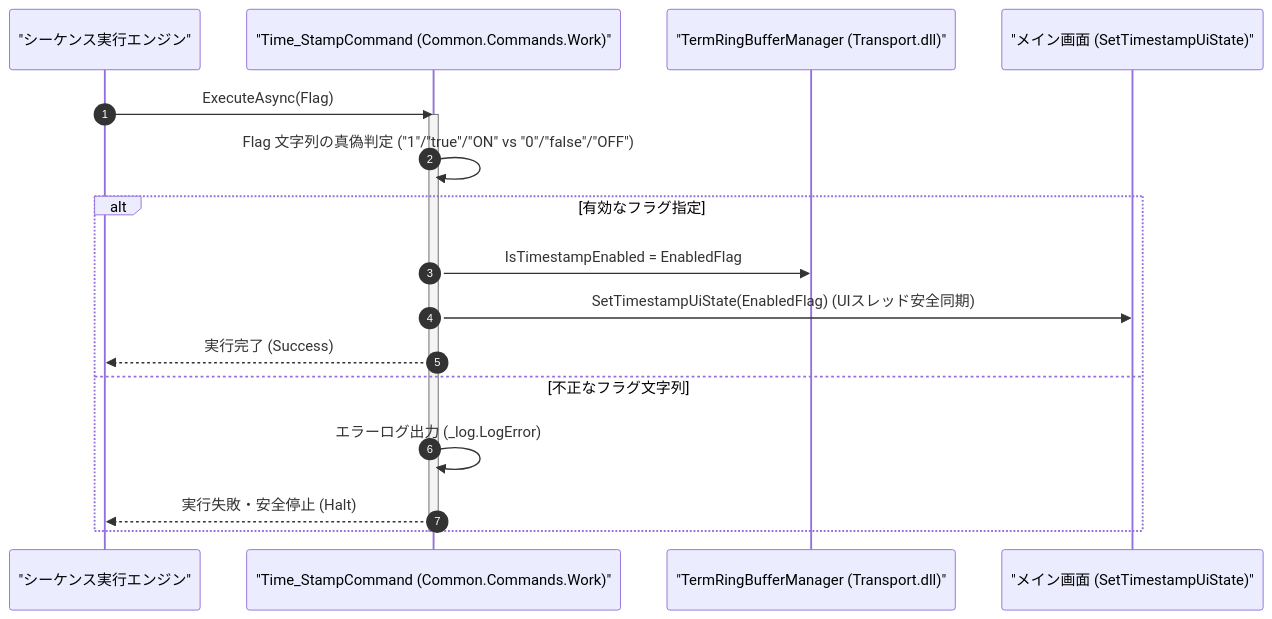
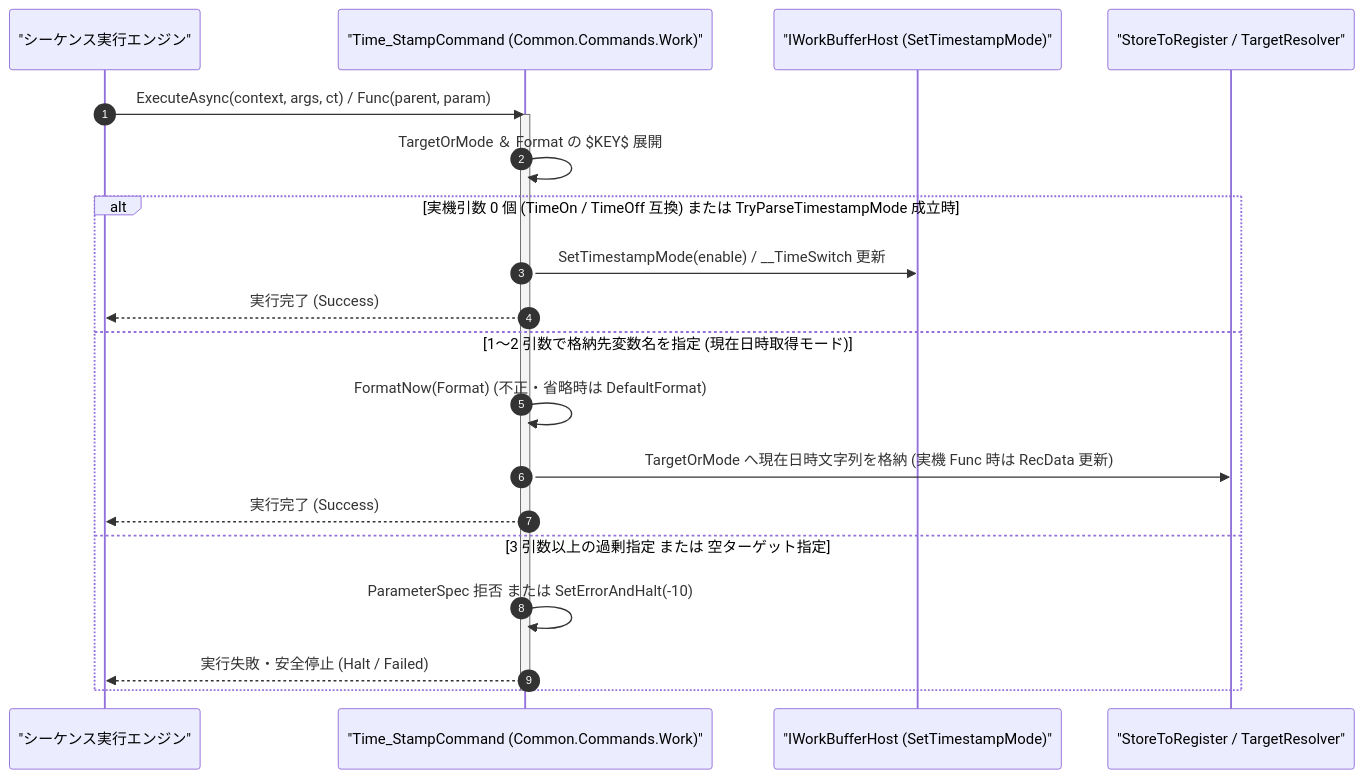
Before and after one commit to Monaca-App/TermAddIn: the diagram in Manual/Core/Work/Time_Stamp.Md, drawn with Mermaid. The commit also changed other lines of this file and 157 other files, not shown here.

````diff
--- a/Manual/Core/Work/Time_Stamp.Md
+++ b/Manual/Core/Work/Time_Stamp.Md
@@ -71,21 +74,24 @@
 ```mermaid
 sequenceDiagram
     autonumber
     participant Engine as "シーケンス実行エンジン"
     participant Cmd as "Time_StampCommand (Common.Commands.Work)"
-    participant Ring as "TermRingBufferManager (Transport.dll)"
-    participant UI as "メイン画面 (SetTimestampUiState)"
+    participant Host as "IWorkBufferHost (SetTimestampMode)"
+    participant Reg as "StoreToRegister / TargetResolver"
 
-    Engine->>Cmd: ExecuteAsync(Flag)
+    Engine->>Cmd: ExecuteAsync(context, args, ct) / Func(parent, param)
     activate Cmd
-    Cmd->>Cmd: Flag 文字列の真偽判定 ("1"/"true"/"ON" vs "0"/"false"/"OFF")
-    alt 有効なフラグ指定
-        Cmd->>Ring: IsTimestampEnabled = EnabledFlag
-        Cmd->>UI: SetTimestampUiState(EnabledFlag) (UIスレッド安全同期)
+    Cmd->>Cmd: TargetOrMode ＆ Format の $KEY$ 展開
+    alt 実機引数 0 個 (TimeOn / TimeOff 互換) または TryParseTimestampMode 成立時
+        Cmd->>Host: SetTimestampMode(enable) / __TimeSwitch 更新
         Cmd-->>Engine: 実行完了 (Success)
-    else 不正なフラグ文字列
-        Cmd->>Cmd: エラーログ出力 (_log.LogError)
-        Cmd-->>Engine: 実行失敗・安全停止 (Halt)
+    else 1〜2 引数で格納先変数名を指定 (現在日時取得モード)
+        Cmd->>Cmd: FormatNow(Format) (不正・省略時は DefaultFormat)
+        Cmd->>Reg: TargetOrMode へ現在日時文字列を格納 (実機 Func 時は RecData 更新)
+        Cmd-->>Engine: 実行完了 (Success)
+    else 3 引数以上の過剰指定 または 空ターゲット指定
+        Cmd->>Cmd: ParameterSpec 拒否 または SetErrorAndHalt(-10)
+        Cmd-->>Engine: 実行失敗・安全停止 (Halt / Failed)
     end
     deactivate Cmd
 ```
````
